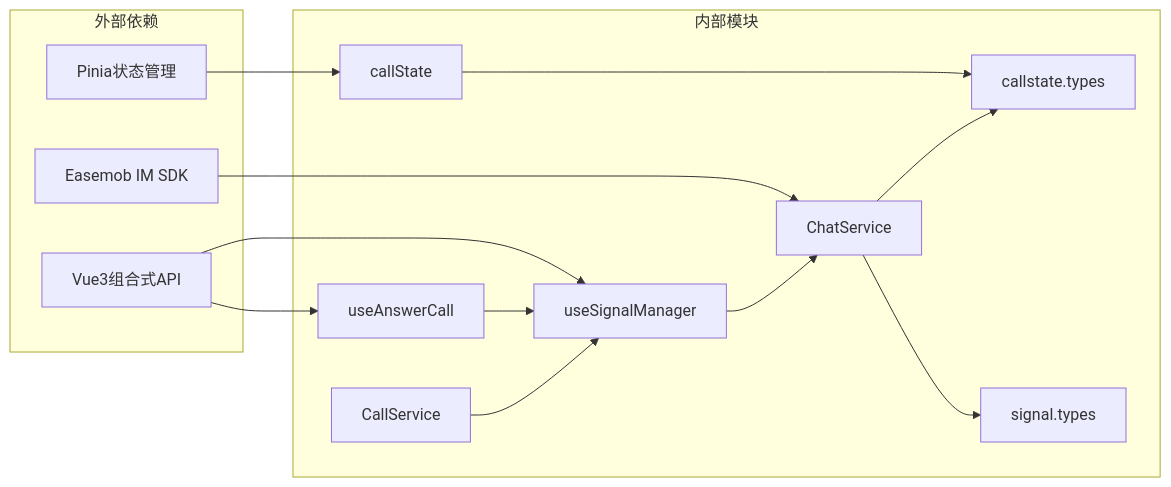
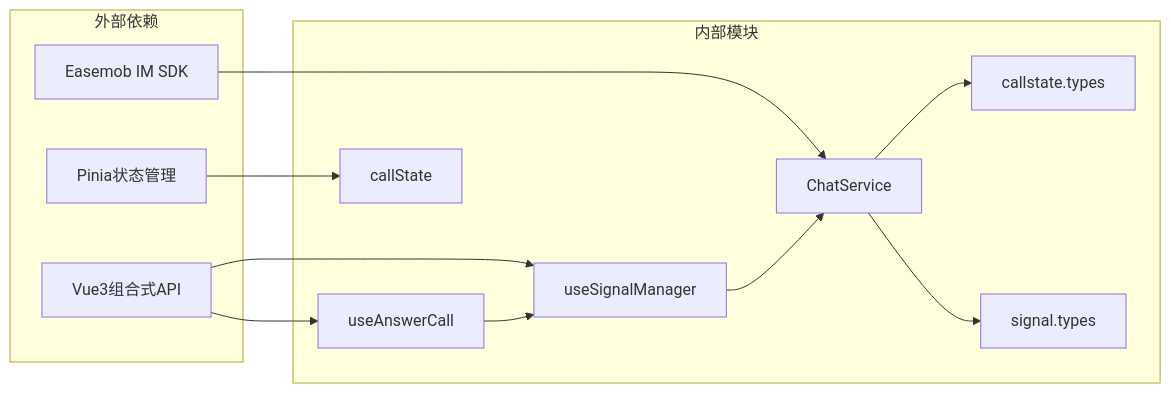
One commit to Easemob-Community/easemob-uikit-callkit-vue3 changed the sixth of 6 diagrams in .qoder/repowiki/zh/content/高级功能/信令实现机制/信令管理 API.md. Above: the diagram before and after it, drawn with Mermaid. The commit also changed other lines of this file and 6 other files, not shown here.

````diff
--- a/.qoder/repowiki/zh/content/高级功能/信令实现机制/信令管理 API.md
+++ b/.qoder/repowiki/zh/content/高级功能/信令实现机制/信令管理 API.md
@@ -286,27 +253,24 @@
 ```mermaid
 graph LR
 subgraph "外部依赖"
 SDK[Easemob IM SDK]
 Pinia[Pinia状态管理]
 Vue[Vue3组合式API]
 end
 subgraph "内部模块"
 SM[useSignalManager]
 AC[useAnswerCall]
 CS[ChatService]
-CLS[CallService]
 CST[callState]
 CT[callstate.types]
 ST[signal.types]
 end
 SDK --> CS
 Pinia --> CST
 Vue --> SM
 Vue --> AC
 SM --> CS
 AC --> SM
-CLS --> SM
-CST --> CT
 CS --> CT
 CS --> ST
 ```
````
